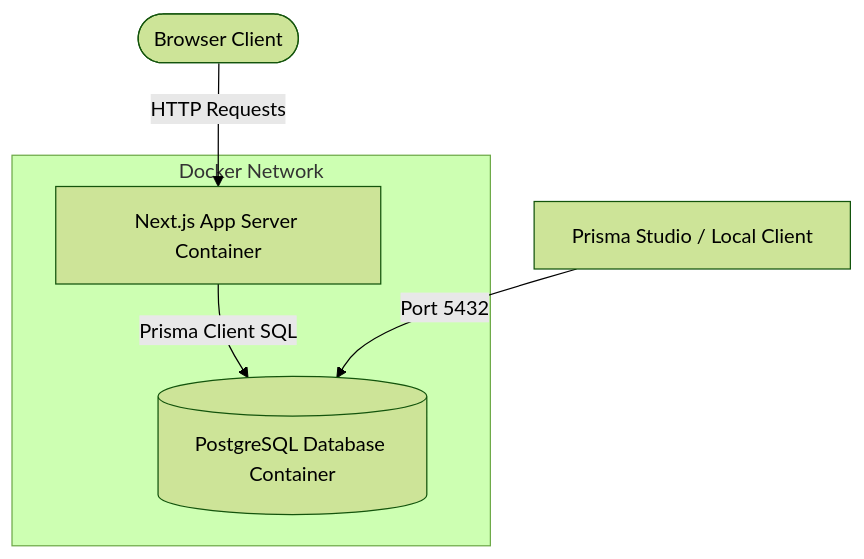
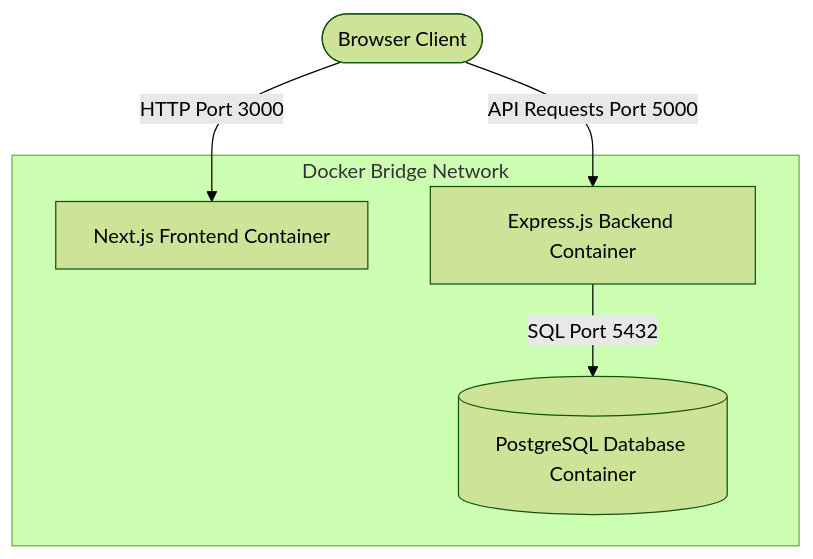
The diagram in .planning/phases/01-environment-database-bedrock/01-RESEARCH.md (rizalkalam/sehat-terus), drawn with Mermaid (forest theme) before and after one commit. The commit also changed other lines of this file and 4 other files, not shown here.

````diff
--- a/.planning/phases/01-environment-database-bedrock/01-RESEARCH.md
+++ b/.planning/phases/01-environment-database-bedrock/01-RESEARCH.md
@@ -79,12 +83,12 @@
 ```mermaid
 graph TD
-    User([Browser Client]) -->|HTTP Requests| Web[Next.js App Server Container]
-    Web -->|Prisma Client SQL| DB[(PostgreSQL Database Container)]
+    User([Browser Client]) -->|HTTP Port 3000| FE[Next.js Frontend Container]
+    User -->|API Requests Port 5000| BE[Express.js Backend Container]
+    BE -->|SQL Port 5432| DB[(PostgreSQL Database Container)]
     
-    subgraph Docker Network
-        Web
+    subgraph Docker Bridge Network
+        FE
+        BE
         DB
     end
-    
-    PrismaStudio[Prisma Studio / Local Client] -->|Port 5432| DB
 ```
````
